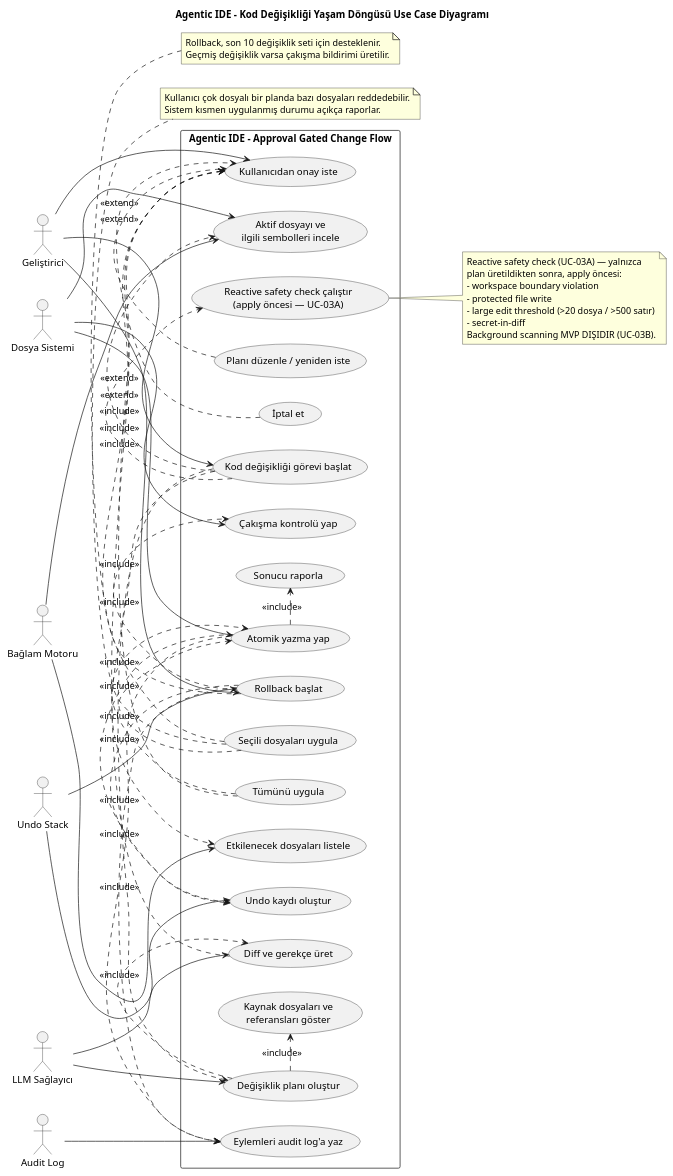
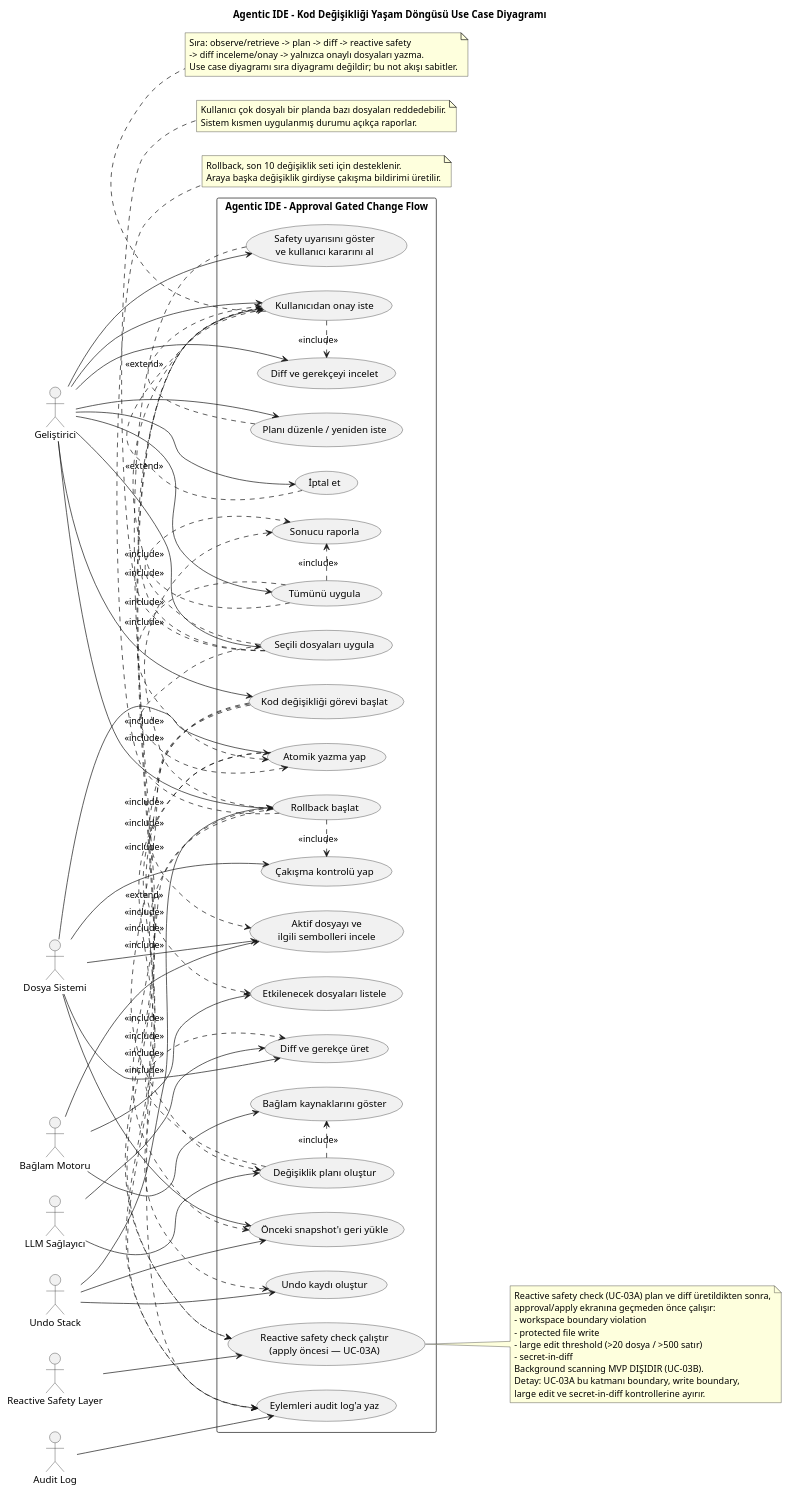
One commit to TurkishKEBAB/Agentic-Ide changed the diagram in diagrams/UC/UC-02-kod-degisikligi-yasam-dongusu.puml. Above: the diagram before and after it, drawn with PlantUML. The commit also changed 89 other files, not shown here.

```diff
--- a/diagrams/UC/UC-02-kod-degisikligi-yasam-dongusu.puml
+++ b/diagrams/UC/UC-02-kod-degisikligi-yasam-dongusu.puml
@@ -1,90 +1,117 @@
-@startuml
+@startuml UC_02_kod_degisikligi_yasam_dongusu
 title Agentic IDE - Kod Değişikliği Yaşam Döngüsü Use Case Diyagramı
 left to right direction
 skinparam packageStyle rectangle
 skinparam shadowing false
 
 actor "Geliştirici" as Developer
 actor "Dosya Sistemi" as FileSystem
 actor "Bağlam Motoru" as ContextEngine
 actor "LLM Sağlayıcı" as ModelProvider
+actor "Reactive Safety Layer" as SafetyLayer
 actor "Audit Log" as AuditLog
 actor "Undo Stack" as UndoStack
 
 rectangle "Agentic IDE - Approval Gated Change Flow" {
   usecase "Kod değişikliği görevi başlat" as UC_StartChangeTask
   usecase "Aktif dosyayı ve\nilgili sembolleri incele" as UC_InspectContext
   usecase "Etkilenecek dosyaları listele" as UC_ListImpacted
-  usecase "Reactive safety check çalıştır\n(apply öncesi — UC-03A)" as UC_ReactiveSafetyCheck
   usecase "Değişiklik planı oluştur" as UC_PlanChange
   usecase "Diff ve gerekçe üret" as UC_GenerateDiff
-  usecase "Kaynak dosyaları ve\nreferansları göster" as UC_ShowReferences
+  usecase "Bağlam kaynaklarını göster" as UC_ShowContextSources
+  usecase "Reactive safety check çalıştır\n(apply öncesi — UC-03A)" as UC_ReactiveSafetyCheck
+  usecase "Safety uyarısını göster\nve kullanıcı kararını al" as UC_ShowSafetyDecision
+  usecase "Diff ve gerekçeyi incelet" as UC_ReviewDiff
   usecase "Kullanıcıdan onay iste" as UC_RequestApproval
   usecase "Planı düzenle / yeniden iste" as UC_RevisePlan
   usecase "Tümünü uygula" as UC_ApplyAll
   usecase "Seçili dosyaları uygula" as UC_ApplySelected
   usecase "Atomik yazma yap" as UC_AtomicWrite
   usecase "Undo kaydı oluştur" as UC_CreateUndo
   usecase "Sonucu raporla" as UC_ReportResult
   usecase "Rollback başlat" as UC_StartRollback
   usecase "Çakışma kontrolü yap" as UC_CheckConflicts
+  usecase "Önceki snapshot'ı geri yükle" as UC_RestoreSnapshot
   usecase "İptal et" as UC_CancelChange
   usecase "Eylemleri audit log'a yaz" as UC_WriteAudit
 }
 
 Developer --> UC_StartChangeTask
+Developer --> UC_ShowSafetyDecision
+Developer --> UC_ReviewDiff
 Developer --> UC_RequestApproval
+Developer --> UC_RevisePlan
+Developer --> UC_CancelChange
+Developer --> UC_ApplyAll
+Developer --> UC_ApplySelected
 Developer --> UC_StartRollback
 
 UC_StartChangeTask .> UC_InspectContext : <<include>>
 UC_StartChangeTask .> UC_ListImpacted : <<include>>
-UC_StartChangeTask .> UC_ReactiveSafetyCheck : <<include>>
 UC_StartChangeTask .> UC_PlanChange : <<include>>
 UC_PlanChange .> UC_GenerateDiff : <<include>>
-UC_PlanChange .> UC_ShowReferences : <<include>>
-UC_GenerateDiff .> UC_RequestApproval : <<include>>
+UC_PlanChange .> UC_ShowContextSources : <<include>>
+UC_ShowSafetyDecision .> UC_ReactiveSafetyCheck : <<extend>>
+UC_RequestApproval .> UC_ReactiveSafetyCheck : <<include>>
+UC_RequestApproval .> UC_ReviewDiff : <<include>>
+UC_RequestApproval .> UC_WriteAudit : <<include>>
 UC_RevisePlan .> UC_RequestApproval : <<extend>>
 UC_CancelChange .> UC_RequestApproval : <<extend>>
-UC_ApplyAll .> UC_RequestApproval : <<extend>>
-UC_ApplySelected .> UC_RequestApproval : <<extend>>
+UC_ApplyAll .> UC_RequestApproval : <<include>>
+UC_ApplySelected .> UC_RequestApproval : <<include>>
 UC_ApplyAll .> UC_AtomicWrite : <<include>>
 UC_ApplySelected .> UC_AtomicWrite : <<include>>
+UC_ApplyAll .> UC_ReportResult : <<include>>
+UC_ApplySelected .> UC_ReportResult : <<include>>
 UC_AtomicWrite .> UC_CreateUndo : <<include>>
 UC_AtomicWrite .> UC_WriteAudit : <<include>>
-UC_AtomicWrite .> UC_ReportResult : <<include>>
 UC_StartRollback .> UC_CheckConflicts : <<include>>
-UC_StartRollback .> UC_CreateUndo : <<include>>
+UC_StartRollback .> UC_RestoreSnapshot : <<include>>
 UC_StartRollback .> UC_WriteAudit : <<include>>
+UC_StartRollback .> UC_ReportResult : <<include>>
 
 FileSystem --> UC_InspectContext
+FileSystem --> UC_GenerateDiff
 FileSystem --> UC_AtomicWrite
 FileSystem --> UC_CheckConflicts
+FileSystem --> UC_RestoreSnapshot
 ContextEngine --> UC_InspectContext
 ContextEngine --> UC_ListImpacted
+ContextEngine --> UC_ShowContextSources
 ModelProvider --> UC_PlanChange
 ModelProvider --> UC_GenerateDiff
+SafetyLayer --> UC_ReactiveSafetyCheck
 AuditLog --> UC_WriteAudit
 UndoStack --> UC_CreateUndo
 UndoStack --> UC_StartRollback
+UndoStack --> UC_RestoreSnapshot
 
 note right of UC_ReactiveSafetyCheck
-Reactive safety check (UC-03A) — yalnızca
-plan üretildikten sonra, apply öncesi:
+Reactive safety check (UC-03A) plan ve diff üretildikten sonra,
+approval/apply ekranına geçmeden önce çalışır:
 - workspace boundary violation
 - protected file write
 - large edit threshold (>20 dosya / >500 satır)
 - secret-in-diff
 Background scanning MVP DIŞIDIR (UC-03B).
+Detay: UC-03A bu katmanı boundary, write boundary,
+large edit ve secret-in-diff kontrollerine ayırır.
+end note
+
+note bottom of UC_RequestApproval
+Sıra: observe/retrieve -> plan -> diff -> reactive safety
+-> diff inceleme/onay -> yalnızca onaylı dosyaları yazma.
+Use case diyagramı sıra diyagramı değildir; bu not akışı sabitler.
 end note
 
 note bottom of UC_ApplySelected
 Kullanıcı çok dosyalı bir planda bazı dosyaları reddedebilir.
 Sistem kısmen uygulanmış durumu açıkça raporlar.
 end note
 
 note bottom of UC_StartRollback
 Rollback, son 10 değişiklik seti için desteklenir.
-Geçmiş değişiklik varsa çakışma bildirimi üretilir.
+Araya başka değişiklik girdiyse çakışma bildirimi üretilir.
 end note
 
 @enduml
```
